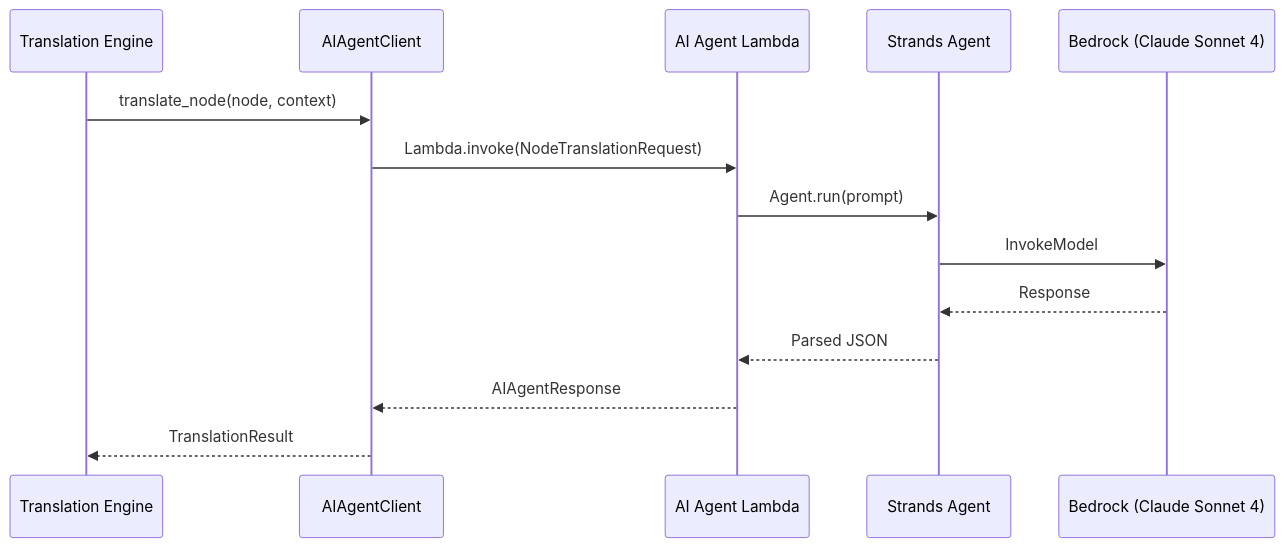
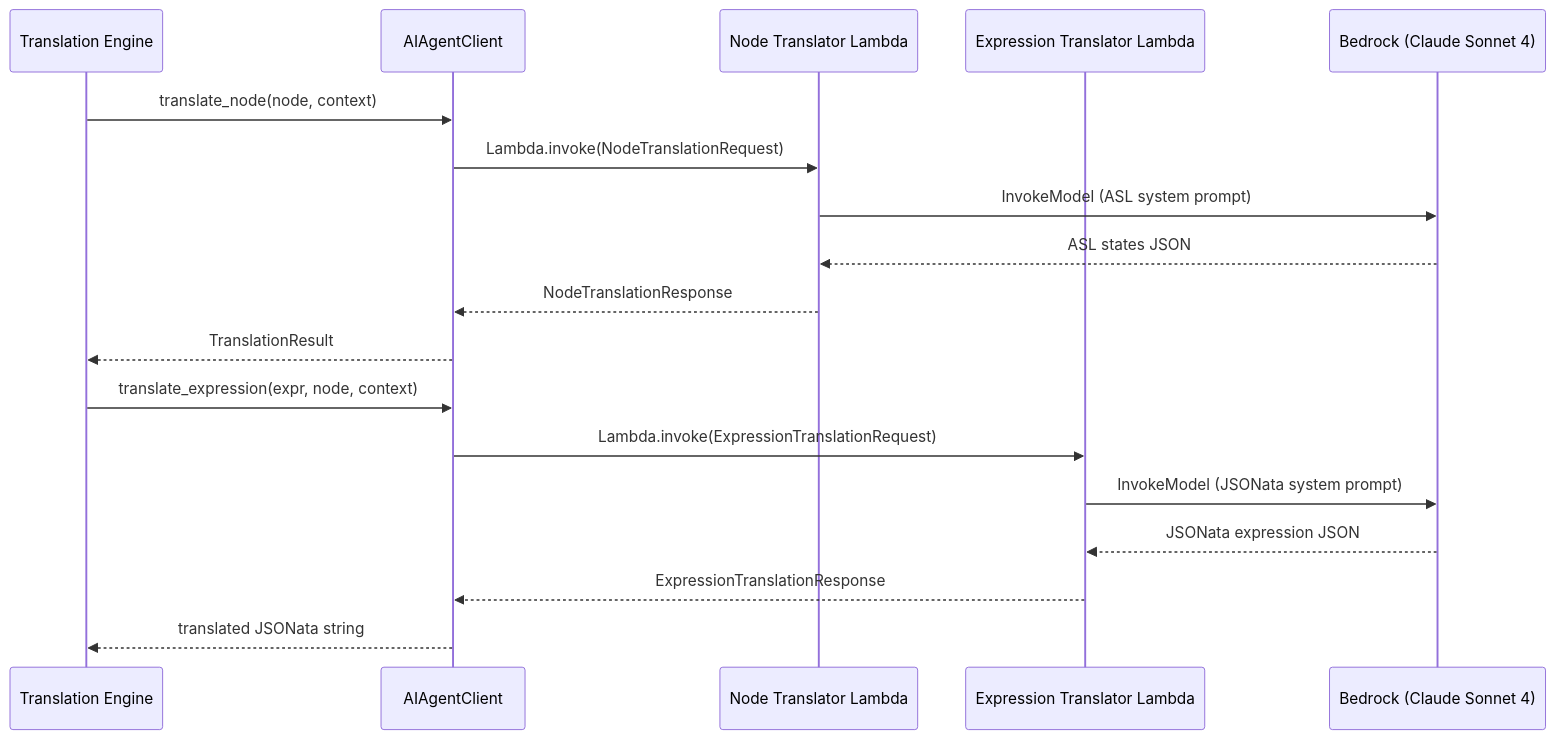
The seventh of 13 diagrams in docs/architecture.md (skwashd/phaeton), drawn with Mermaid before and after one commit. The commit also changed other lines of this file and 8 other files, not shown here.

First line of the commit message:
Update architecture and AI agent documentation for split translator components

````diff
--- a/docs/architecture.md
+++ b/docs/architecture.md
@@ -200,17 +210,22 @@
 ```mermaid
 sequenceDiagram
     participant TE as Translation Engine
     participant AC as AIAgentClient
-    participant AL as AI Agent Lambda
-    participant SA as Strands Agent
+    participant NT as Node Translator Lambda
+    participant ET as Expression Translator Lambda
     participant BR as Bedrock (Claude Sonnet 4)
 
     TE->>AC: translate_node(node, context)
-    AC->>AL: Lambda.invoke(NodeTranslationRequest)
-    AL->>SA: Agent.run(prompt)
-    SA->>BR: InvokeModel
-    BR-->>SA: Response
-    SA-->>AL: Parsed JSON
-    AL-->>AC: AIAgentResponse
+    AC->>NT: Lambda.invoke(NodeTranslationRequest)
+    NT->>BR: InvokeModel (ASL system prompt)
+    BR-->>NT: ASL states JSON
+    NT-->>AC: NodeTranslationResponse
     AC-->>TE: TranslationResult
+
+    TE->>AC: translate_expression(expr, node, context)
+    AC->>ET: Lambda.invoke(ExpressionTranslationRequest)
+    ET->>BR: InvokeModel (JSONata system prompt)
+    BR-->>ET: JSONata expression JSON
+    ET-->>AC: ExpressionTranslationResponse
+    AC-->>TE: translated JSONata string
 ```
````
